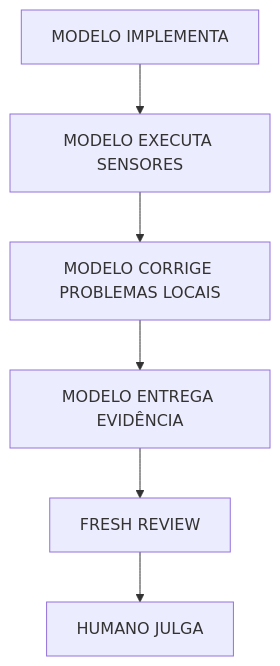
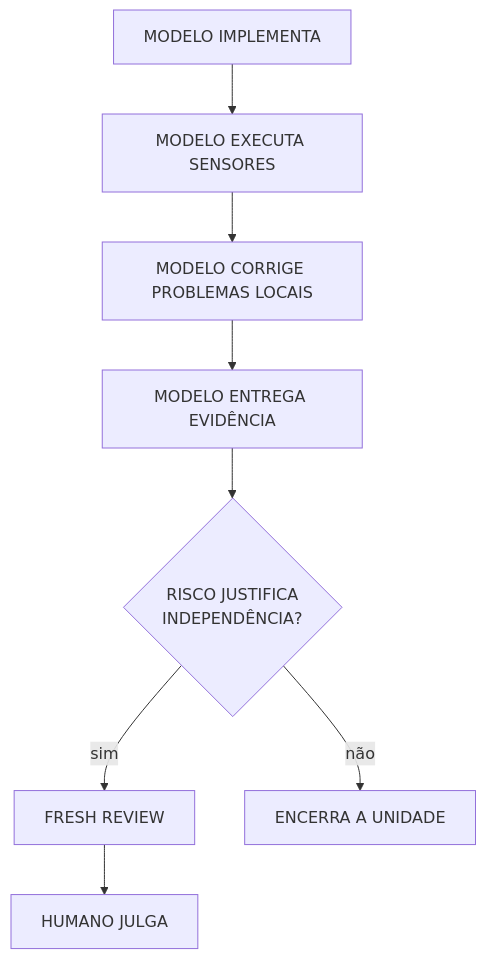
Diagram 16 of 18 in docs/livro/09-estado-da-arte.md (Erick-Marinho/do-zero-ao-agente), drawn with Mermaid before and after one commit. The commit also changed other lines of this file and 13 other files, not shown here.

````diff
--- a/docs/livro/09-estado-da-arte.md
+++ b/docs/livro/09-estado-da-arte.md
@@ -1945,8 +2106,10 @@
 ```mermaid
 flowchart TD
     A[MODELO IMPLEMENTA] --> B[MODELO EXECUTA SENSORES]
     B --> C[MODELO CORRIGE PROBLEMAS LOCAIS]
     C --> D[MODELO ENTREGA EVIDÊNCIA]
-    D --> E[FRESH REVIEW]
+    D --> Q{RISCO JUSTIFICA<br/>INDEPENDÊNCIA?}
+    Q -->|sim| E[FRESH REVIEW]
     E --> F[HUMANO JULGA]
+    Q -->|não| G[ENCERRA A UNIDADE]
 ```
````
